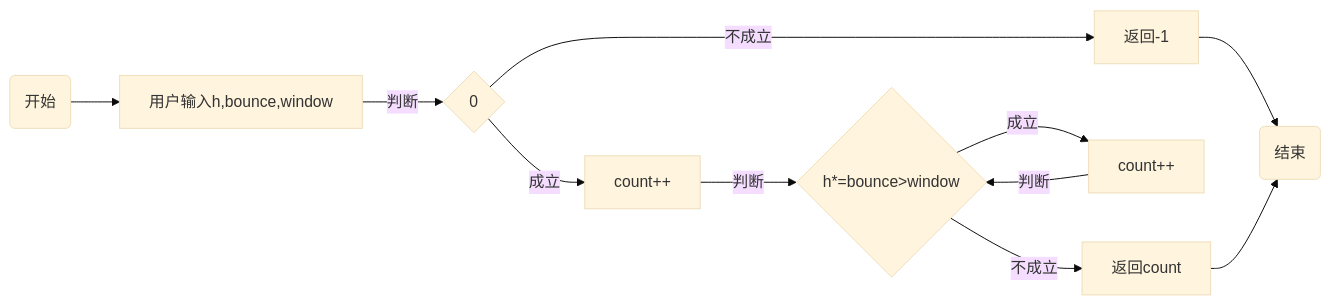
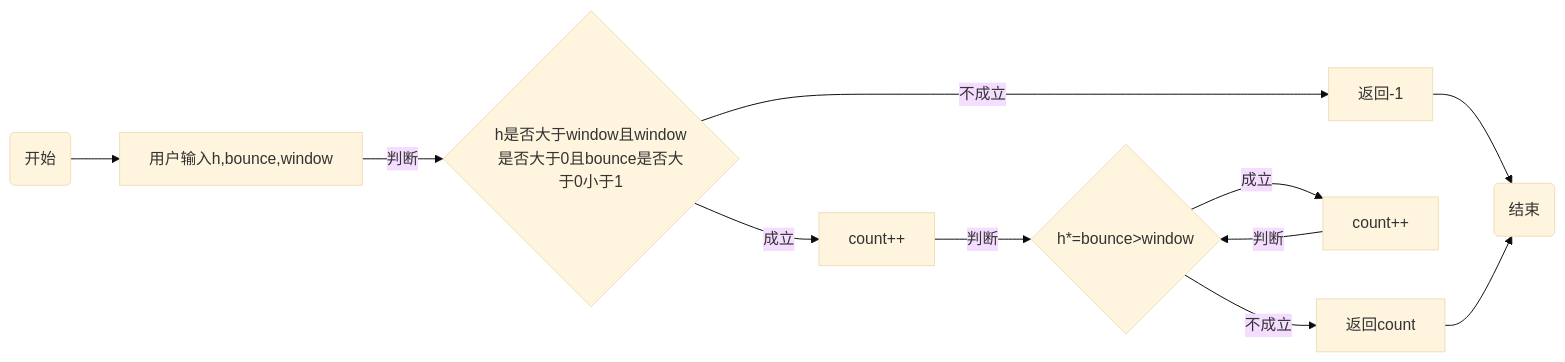
One commit to ijefie/gittt changed the diagram in experiment2.md. Above: the diagram before and after it, drawn with Mermaid (base theme).

Commit message:
改

````diff
--- a/experiment2.md
+++ b/experiment2.md
@@ -82,14 +82,14 @@
 ```mermaid
 flowchart  LR
 Start(开始) --> Scanf[用户输入h,bounce,window]
-    Scanf --> |判断|If{0<h}
+    Scanf --> |判断|If{h是否大于window且window是否大于0且bounce是否大于0小于1}
 If --> |不成立|ou[返回-1]
 If --> |成立|ji[count++]
     ou --> End(结束)
     ji --> |判断|if{h*=bounce>window}
 if --> |成立|k[count++]
 k --> |判断|if{h*=bounce>window}
 if --> |不成立|h[返回count]
 h --> End(结束)
 
 ```
````
